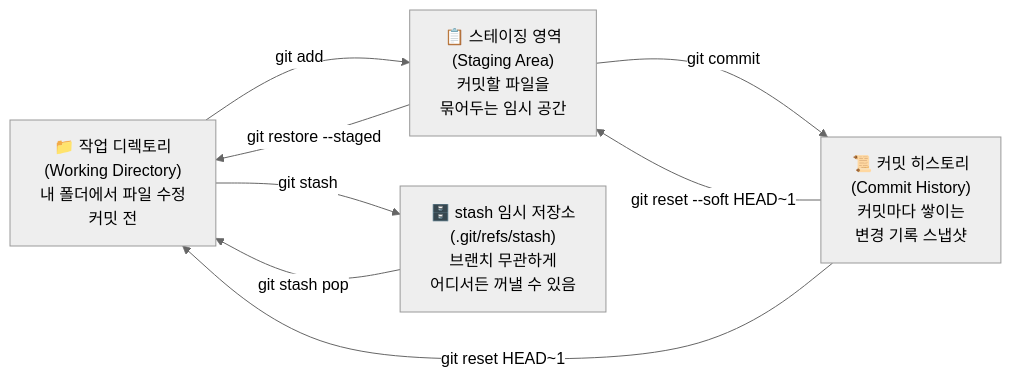
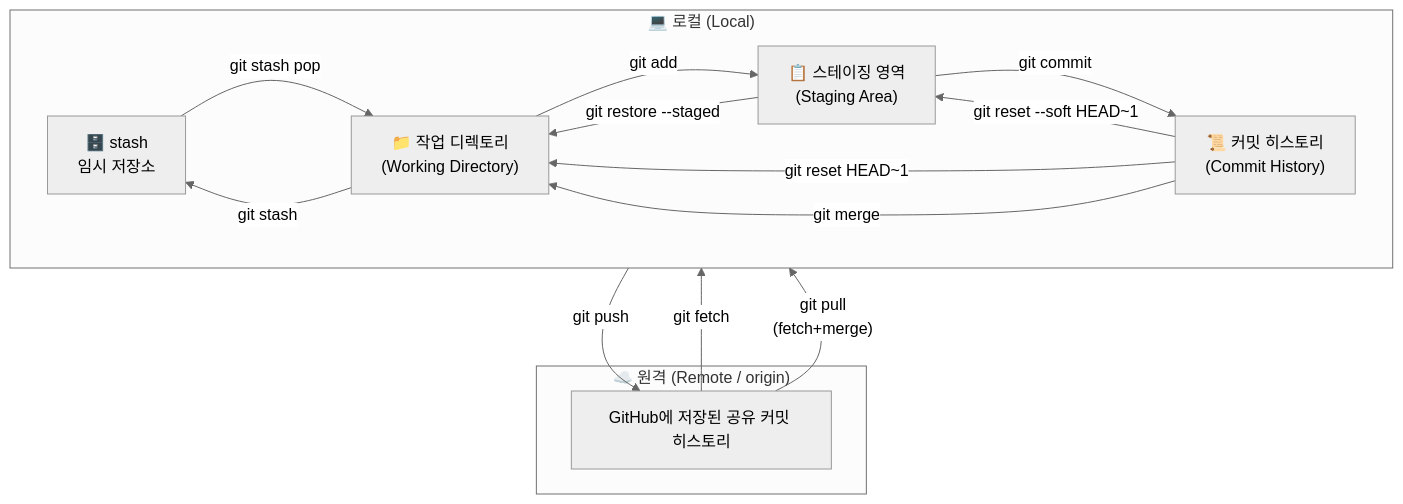
One commit to Daye-Lee18/Daye-Lee18.github.io changed the diagram in _posts/2026-04-21-git-team-guide.md. Above: the diagram before and after it, drawn with Mermaid (neutral theme). The commit also changed other lines of this file and 3 other files, not shown here.

````diff
--- a/_posts/2026-04-21-git-team-guide.md
+++ b/_posts/2026-04-21-git-team-guide.md
@@ -26,15 +30,25 @@
 ```mermaid
-flowchart LR
-    A["📁 작업 디렉토리<br/>(Working Directory)<br/>내 폴더에서 파일 수정<br/>커밋 전"]
-    B["📋 스테이징 영역<br/>(Staging Area)<br/>커밋할 파일을<br/>묶어두는 임시 공간"]
-    C["📜 커밋 히스토리<br/>(Commit History)<br/>커밋마다 쌓이는<br/>변경 기록 스냅샷"]
-    D["🗄️ stash 임시 저장소<br/>(.git/refs/stash)<br/>브랜치 무관하게<br/>어디서든 꺼낼 수 있음"]
+flowchart TD
+    subgraph remote["☁️ 원격 (Remote / origin)"]
+        E["GitHub에 저장된 공유 커밋 히스토리"]
+    end
+    subgraph local["💻 로컬 (Local)"]
+        direction LR
+        D["🗄️ stash<br/>임시 저장소"]
+        A["📁 작업 디렉토리<br/>(Working Directory)"]
+        B["📋 스테이징 영역<br/>(Staging Area)"]
+        C["📜 커밋 히스토리<br/>(Commit History)"]
+    end
 
     A -->|"git add"| B
     B -->|"git commit"| C
     B -->|"git restore --staged"| A
     A -->|"git stash"| D
     D -->|"git stash pop"| A
     C -->|"git reset --soft HEAD~1"| B
     C -->|"git reset HEAD~1"| A
+    C -->|"git merge"| A
+    C -->|"git push"| E
+    E -->|"git fetch"| C
+    E -->|"git pull<br/>(fetch+merge)"| A
 ```
````
